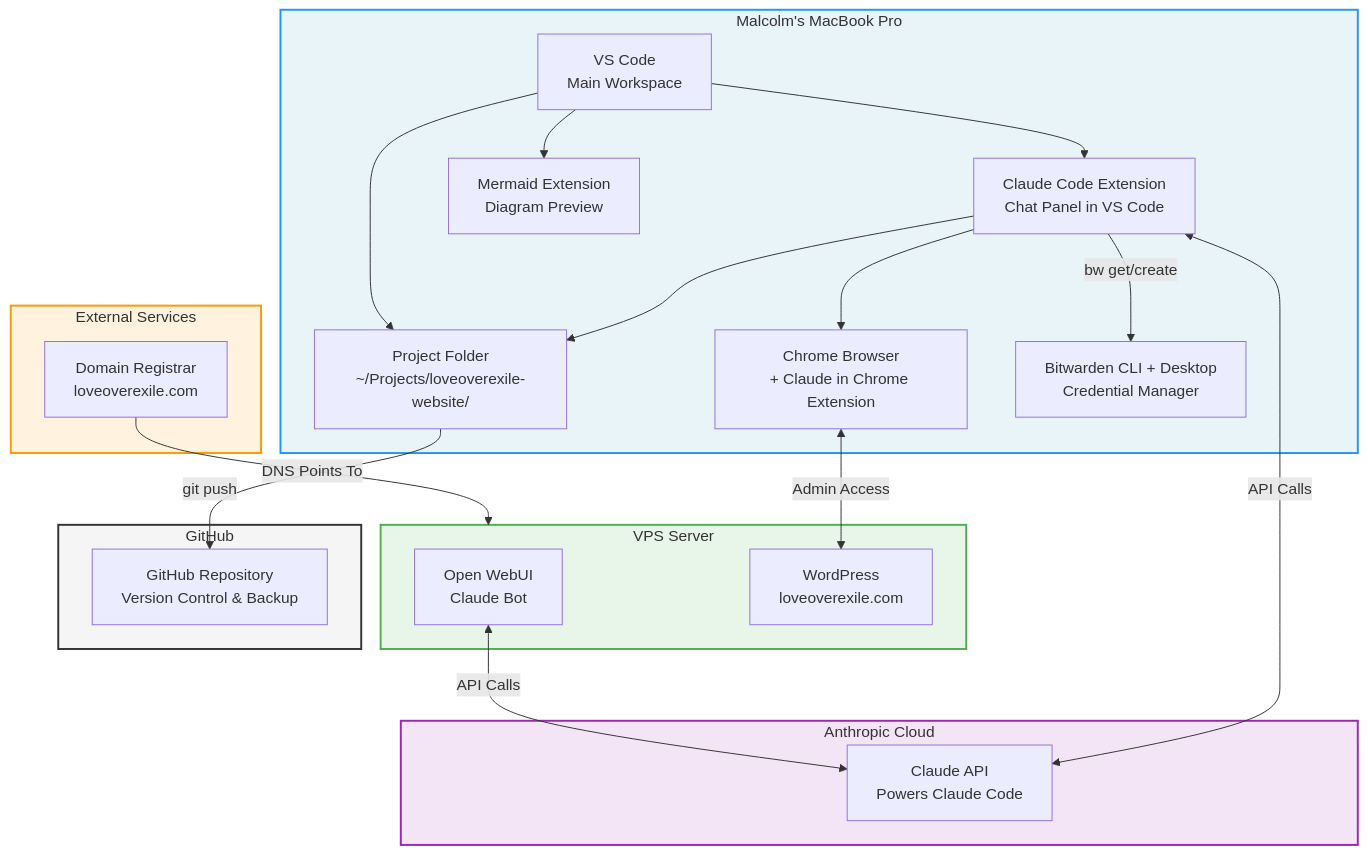
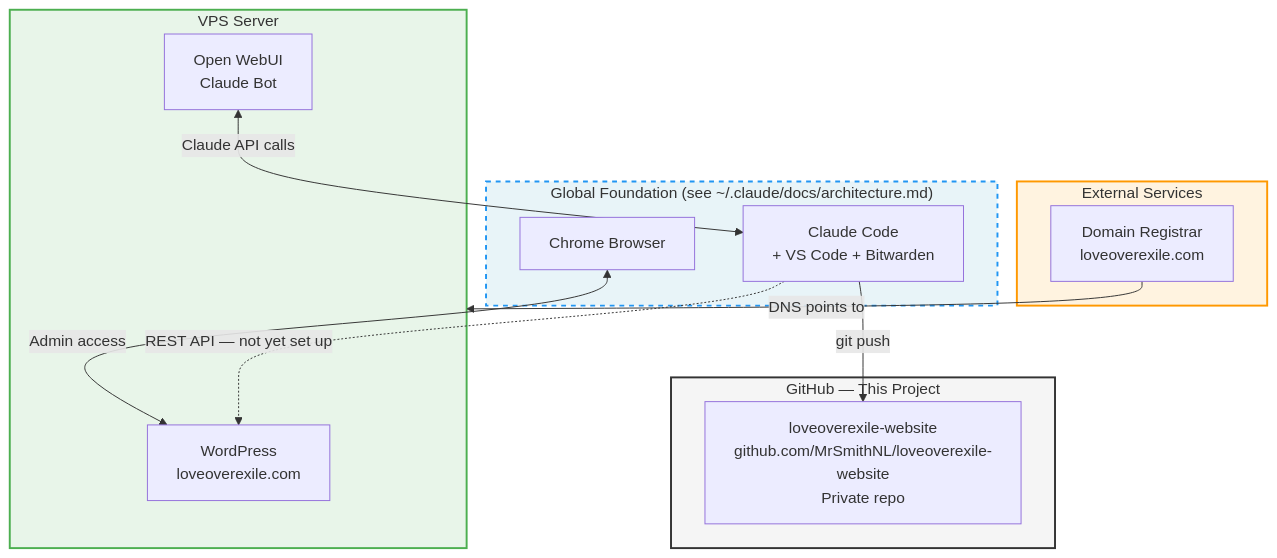
Before and after one commit to MrSmithNL/loveoverexile-website: the diagram in docs/architecture.md, drawn with Mermaid. The commit also changed other lines of this file, not shown here.

First line of the commit message:
Refactor architecture.md to project-specific layer only

````diff
--- a/docs/architecture.md
+++ b/docs/architecture.md
@@ -11,47 +13,31 @@
 ```mermaid
 graph TD
-    subgraph LOCAL["Malcolm's MacBook Pro"]
-        VSCODE[VS Code<br/>Main Workspace]
-        CCEXT[Claude Code Extension<br/>Chat Panel in VS Code]
-        MERMAID[Mermaid Extension<br/>Diagram Preview]
-        PROJ[Project Folder<br/>~/Projects/loveoverexile-website/]
-        BROWSER[Chrome Browser<br/>+ Claude in Chrome Extension]
-        BW[Bitwarden CLI + Desktop<br/>Credential Manager]
-
-        VSCODE --> CCEXT
-        VSCODE --> MERMAID
-        CCEXT --> PROJ
-        VSCODE --> PROJ
-        CCEXT --> BROWSER
-        CCEXT -->|bw get/create| BW
-    end
-
-    subgraph ANTHROPIC["Anthropic Cloud"]
-        API[Claude API<br/>Powers Claude Code]
+    subgraph GLOBAL["Global Foundation (see ~/.claude/docs/architecture.md)"]
+        CC[Claude Code<br/>+ VS Code + Bitwarden]
+        BROWSER[Chrome Browser]
     end
 
     subgraph VPS["VPS Server"]
+        WP[WordPress<br/>loveoverexile.com]
         OWUI[Open WebUI<br/>Claude Bot]
-        WP[WordPress<br/>loveoverexile.com]
     end
 
-    subgraph GITHUB["GitHub"]
-        GH[GitHub Repository<br/>Version Control & Backup]
+    subgraph GITHUB_PROJECT["GitHub — This Project"]
+        REPO[loveoverexile-website<br/>github.com/MrSmithNL/loveoverexile-website<br/>Private repo]
     end
 
     subgraph EXTERNAL["External Services"]
         DOMAIN[Domain Registrar<br/>loveoverexile.com]
     end
 
-    CCEXT <-->|API Calls| API
-    BROWSER <-->|Admin Access| WP
-    DOMAIN -->|DNS Points To| VPS
-    OWUI <-->|API Calls| API
-    PROJ -->|git push| GH
+    CC -->|git push| REPO
+    BROWSER <-->|Admin access| WP
+    CC -.->|REST API — not yet set up| WP
+    DOMAIN -->|DNS points to| VPS
+    OWUI <-->|Claude API calls| CC
 
-    style LOCAL fill:#e8f4f8,stroke:#2196F3,stroke-width:2px
-    style ANTHROPIC fill:#f3e5f5,stroke:#9C27B0,stroke-width:2px
+    style GLOBAL fill:#e8f4f8,stroke:#2196F3,stroke-width:2px,stroke-dasharray:5 5
     style VPS fill:#e8f5e9,stroke:#4CAF50,stroke-width:2px
+    style GITHUB_PROJECT fill:#f5f5f5,stroke:#333,stroke-width:2px
     style EXTERNAL fill:#fff3e0,stroke:#FF9800,stroke-width:2px
-    style GITHUB fill:#f5f5f5,stroke:#333,stroke-width:2px
 ```
````
